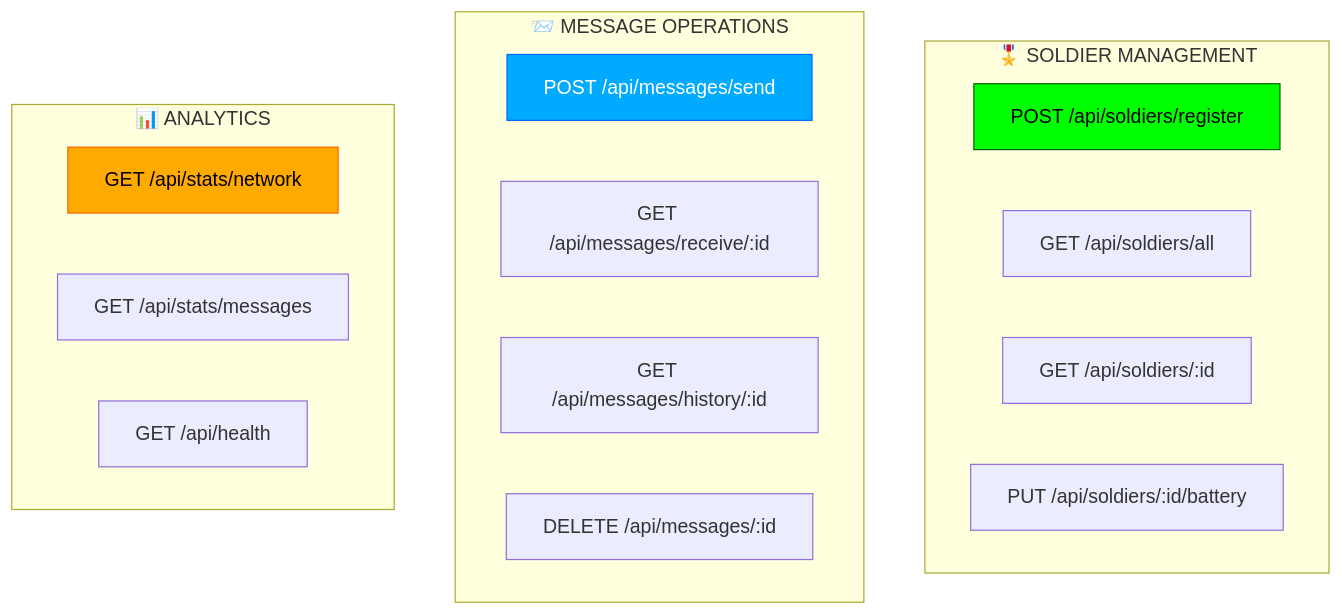
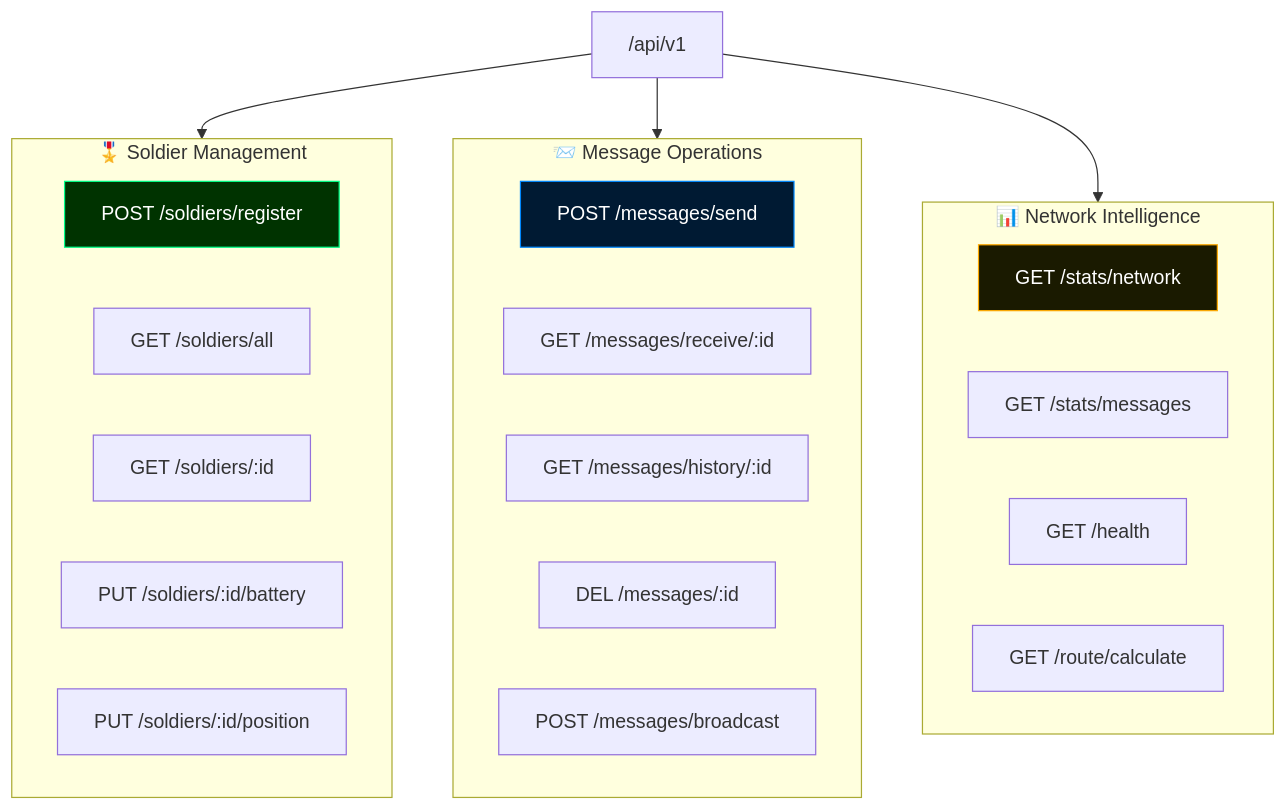
One commit to SiddharthKumar268/Shunya changed the seventh of 11 diagrams in README.md. Above: the diagram before and after it, drawn with Mermaid. The commit also changed other lines of this file, not shown here.

````diff
--- a/README.md
+++ b/README.md
@@ -560,26 +407,35 @@
 ```mermaid
 graph TB
-    subgraph "🎖️ SOLDIER MANAGEMENT"
-        A[POST /api/soldiers/register]
-        B[GET /api/soldiers/all]
-        C[GET /api/soldiers/:id]
-        D[PUT /api/soldiers/:id/battery]
+    ROOT["/api/v1"]
+
+    subgraph SOLDIERS ["🎖️ Soldier Management"]
+        SR["POST /soldiers/register"]
+        SA["GET  /soldiers/all"]
+        SS["GET  /soldiers/:id"]
+        SB["PUT  /soldiers/:id/battery"]
+        SP["PUT  /soldiers/:id/position"]
     end
-    
-    subgraph "📨 MESSAGE OPERATIONS"
-        E[POST /api/messages/send]
-        F[GET /api/messages/receive/:id]
-        G[GET /api/messages/history/:id]
-        H[DELETE /api/messages/:id]
+
+    subgraph MESSAGES ["📨 Message Operations"]
+        MS["POST /messages/send"]
+        MR["GET  /messages/receive/:id"]
+        MH["GET  /messages/history/:id"]
+        MD["DEL  /messages/:id"]
+        MB["POST /messages/broadcast"]
     end
-    
-    subgraph "📊 ANALYTICS"
-        I[GET /api/stats/network]
-        J[GET /api/stats/messages]
-        K[GET /api/health]
+
+    subgraph NETWORK ["📊 Network Intelligence"]
+        NS["GET /stats/network"]
+        NM["GET /stats/messages"]
+        NH["GET /health"]
+        NR["GET /route/calculate"]
     end
-    
-    style A fill:#00ff00,stroke:#006600,color:#000
-    style E fill:#00aaff,stroke:#0066ff,color:#fff
-    style I fill:#ffaa00,stroke:#ff6600,color:#000
+
+    ROOT --> SOLDIERS
+    ROOT --> MESSAGES
+    ROOT --> NETWORK
+
+    style SR fill:#003300,stroke:#00ff88,color:#fff
+    style MS fill:#001a33,stroke:#0088ff,color:#fff
+    style NS fill:#1a1a00,stroke:#ffaa00,color:#fff
 ```
````
